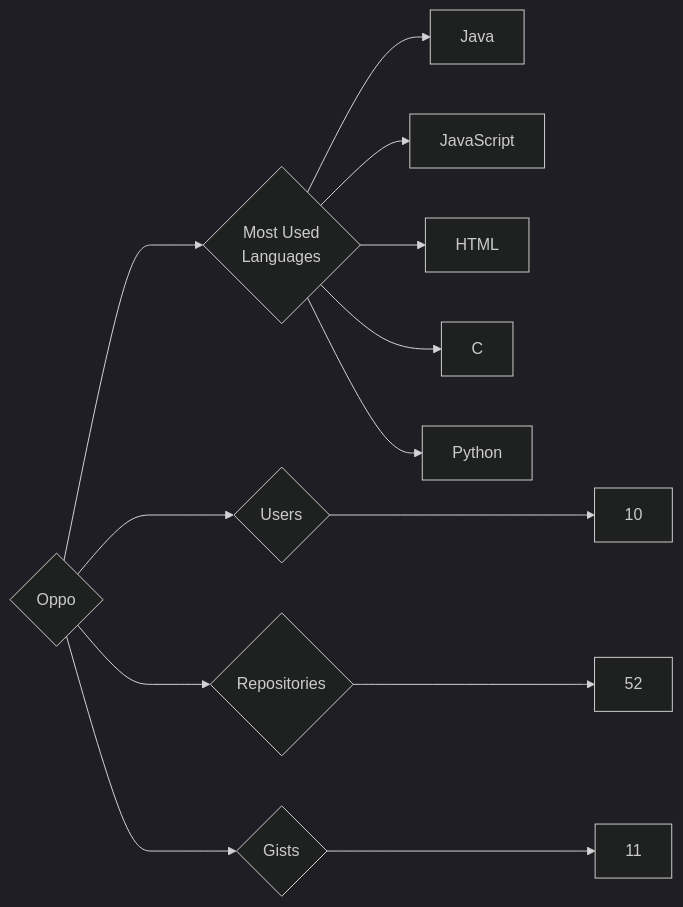
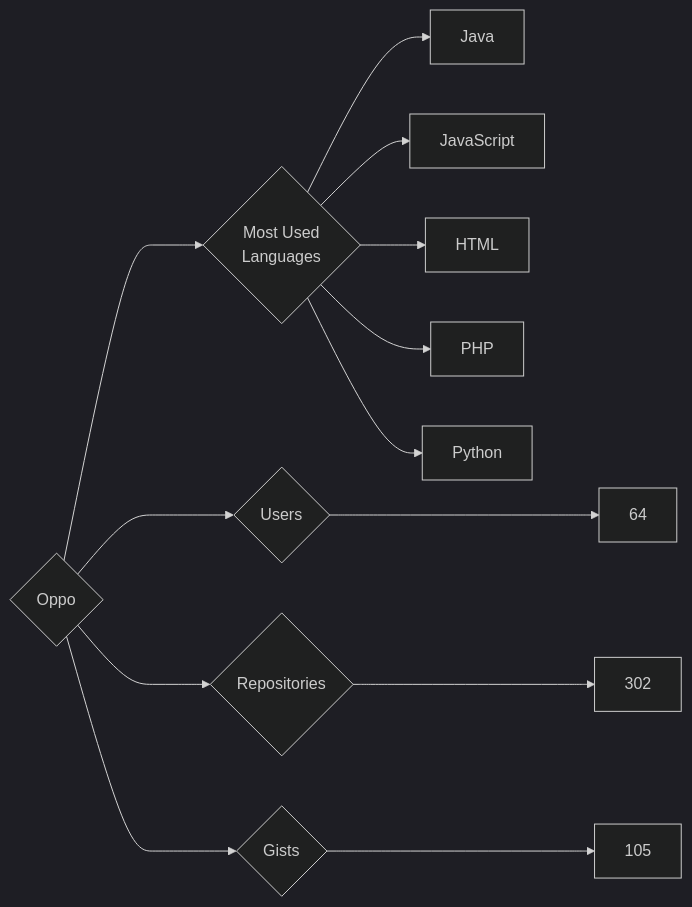
The diagram in targets/Oppo/README.md (trickest/insiders), drawn with Mermaid (dark theme) before and after one commit. The commit also changed 748 other files, not shown here.

````diff
--- a/targets/Oppo/README.md
+++ b/targets/Oppo/README.md
@@ -3,13 +3,13 @@
 ```mermaid
 graph LR
 COMPANY_NAME{Oppo}
-COMPANY_NAME ---> U{Users} ---> UN[10]
-COMPANY_NAME ---> R{Repositories} ---> RN[52]
-COMPANY_NAME ---> G{Gists} ---> GN[11]
+COMPANY_NAME ---> U{Users} ---> UN[64]
+COMPANY_NAME ---> R{Repositories} ---> RN[302]
+COMPANY_NAME ---> G{Gists} ---> GN[105]
 COMPANY_NAME ---> ML{Most Used<br>Languages}
 ML --> Java[Java]
 ML --> JavaScript[JavaScript]
 ML --> HTML[HTML]
-ML --> C[C]
+ML --> PHP[PHP]
 ML --> Python[Python]
 ```
````
